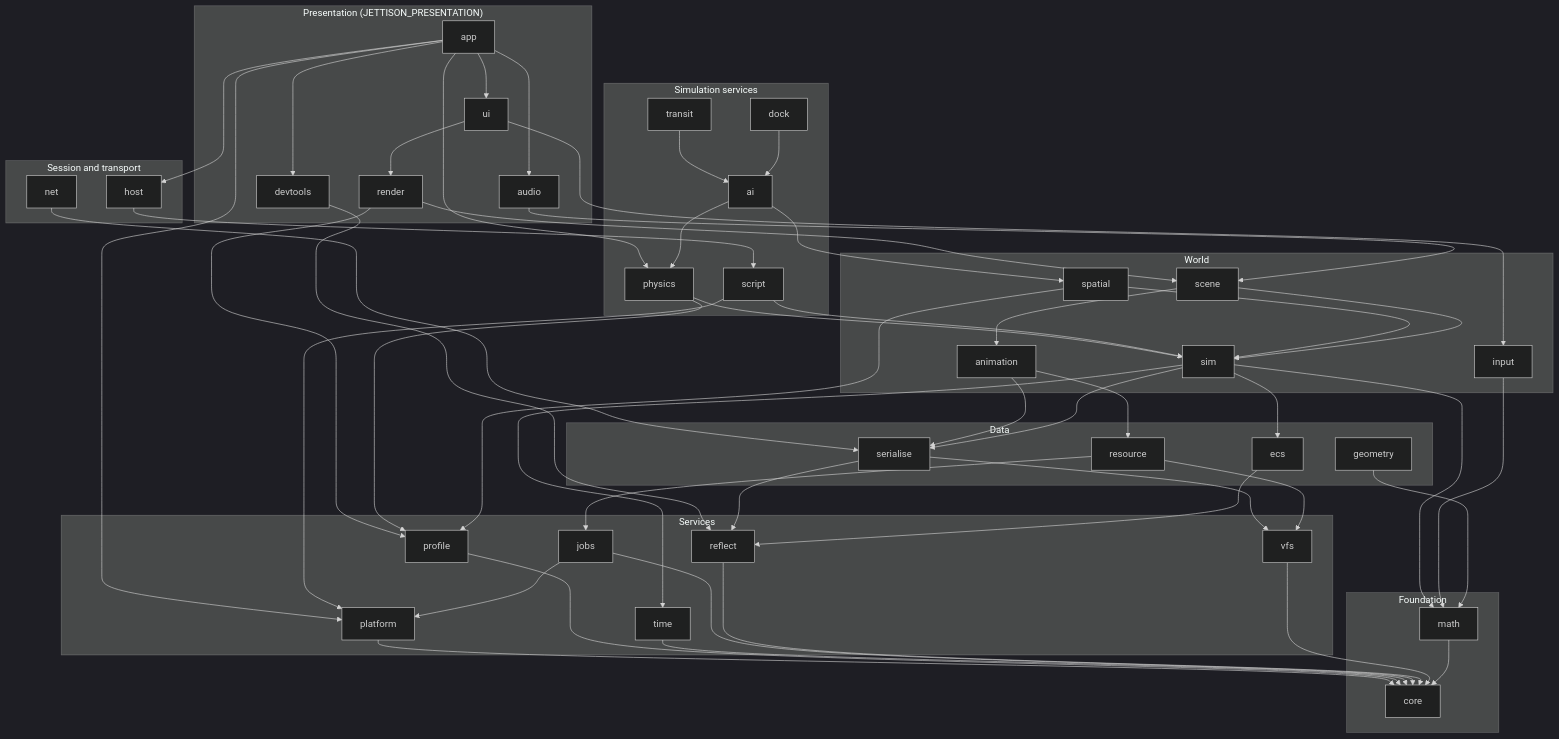
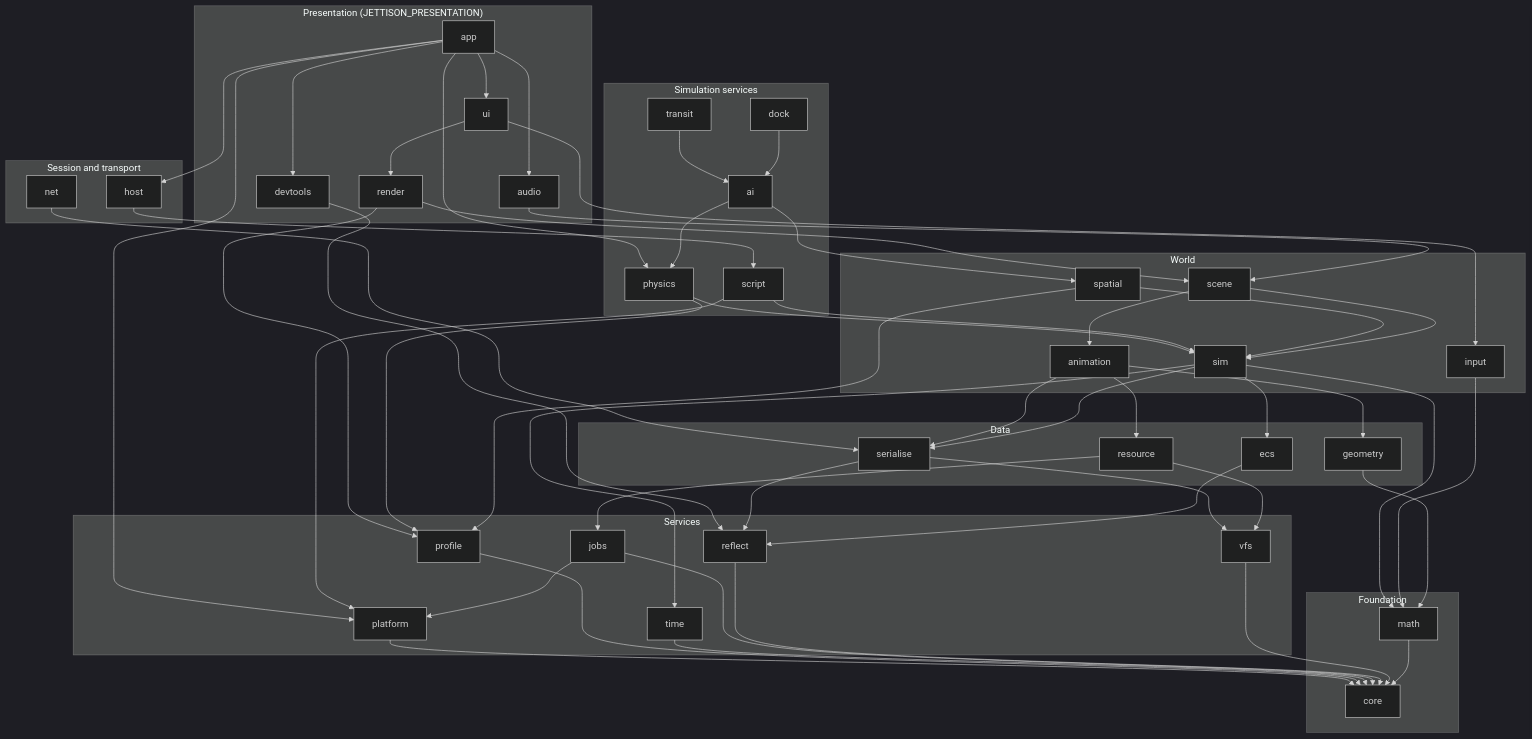
One commit to ivanhawkes/jettison changed the first of 3 diagrams in docs/architecture.md. Above: the diagram before and after it, drawn with Mermaid (dark theme). The commit also changed 15 other files, not shown here.

First line of the commit message:
Render, animation: the model and rig loaders on geometry's reader, so cooked files draw with their levels (J37b)

````diff
--- a/docs/architecture.md
+++ b/docs/architecture.md
@@ -154,71 +154,72 @@
 ```mermaid
 flowchart TB
     subgraph presentation["Presentation (JETTISON_PRESENTATION)"]
         render; audio; ui; devtools; app
     end
     subgraph session["Session and transport"]
         host; net
     end
     subgraph simservices["Simulation services"]
         physics; ai; transit; dock; script
     end
     subgraph world["World"]
         animation; sim; spatial; scene; input
     end
     subgraph data["Data"]
         geometry; serialise; resource; ecs
     end
     subgraph services["Services"]
         platform; profile; time; jobs; reflect; vfs
     end
     subgraph foundation["Foundation"]
         core; math
     end
     render --> profile
     render --> scene
     audio --> scene
     ui --> input
     ui --> render
     devtools --> reflect
     app --> audio
     app --> devtools
     app --> host
     app --> physics
     app --> platform
     app --> ui
     host --> script
     net --> serialise
     physics --> profile
     physics --> sim
     ai --> physics
     ai --> spatial
     transit --> ai
     dock --> ai
     script --> sim
     script --> platform
+    animation --> geometry
     animation --> resource
     animation --> serialise
     sim --> math
     sim --> time
     sim --> ecs
     sim --> serialise
     spatial --> profile
     spatial --> sim
     scene --> animation
     scene --> sim
     input --> math
     geometry --> math
     serialise --> reflect
     serialise --> vfs
     resource --> jobs
     resource --> vfs
     ecs --> reflect
     platform --> core
     profile --> core
     time --> core
     jobs --> core
     jobs --> platform
     reflect --> core
     vfs --> core
     math --> core
 ```
````
